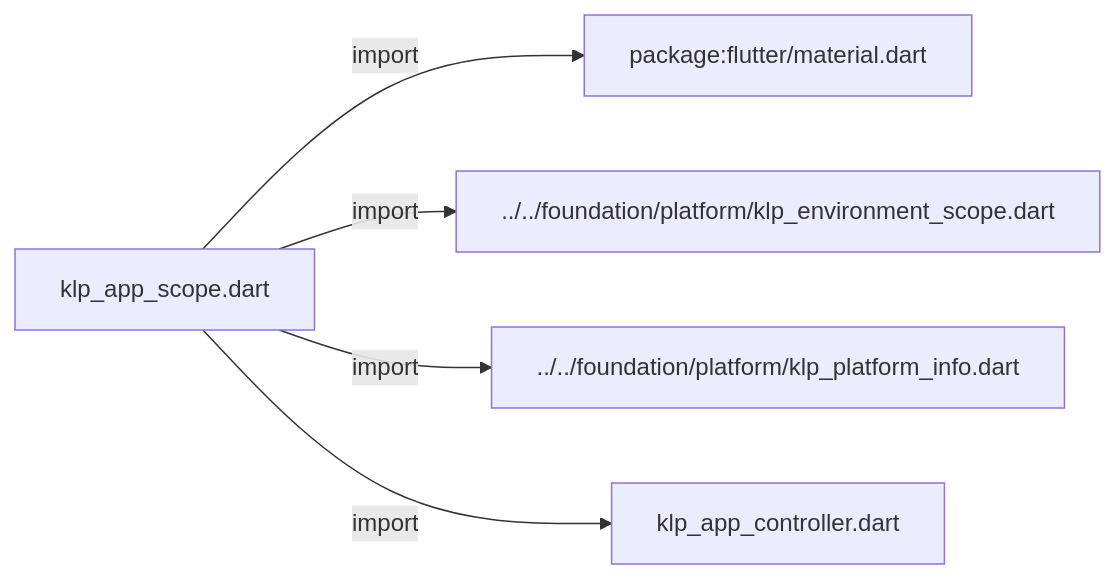
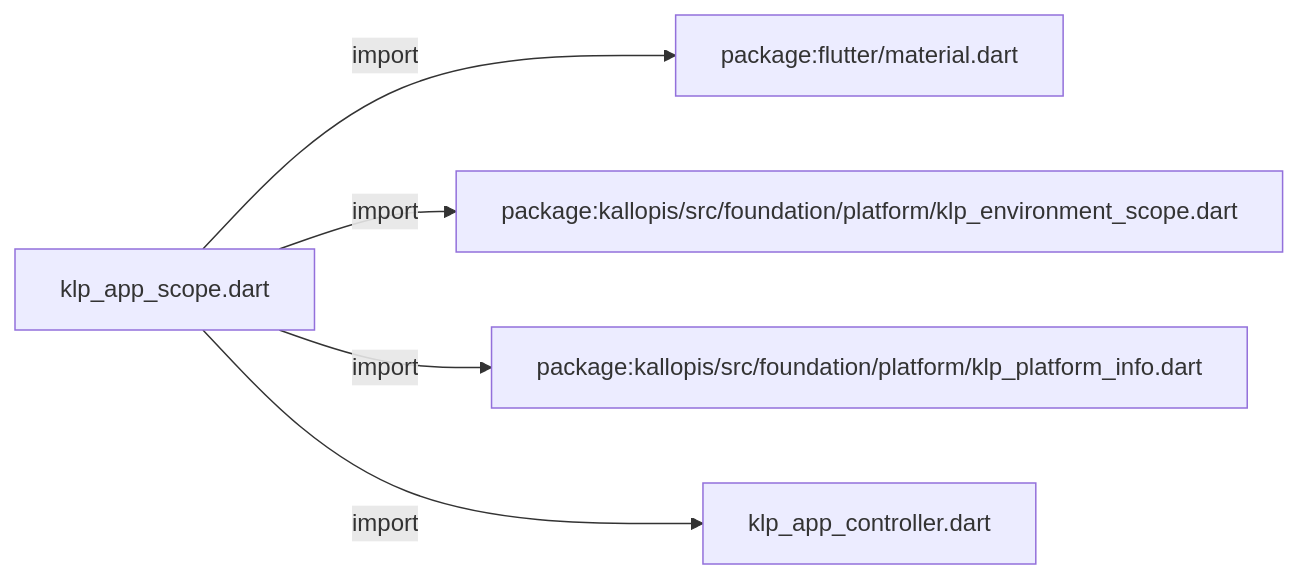
Before and after one commit to MiuDog/Kallopis: the first of 3 diagrams in docs/architecture/src/application/legacy/klp_app_scope.md, drawn with Mermaid. The commit also changed other lines of this file and 9688 other files, not shown here.

Commit message:
Prepare isolated Flow F2 peer baseline

````diff
--- a/docs/architecture/src/application/legacy/klp_app_scope.md
+++ b/docs/architecture/src/application/legacy/klp_app_scope.md
@@ -11,12 +11,12 @@
 ```mermaid
 flowchart LR
 	n0["klp_app_scope.dart"]
 	n1["package:flutter/material.dart"]
-	n2["../../foundation/platform/klp_environment_scope.dart"]
-	n3["../../foundation/platform/klp_platform_info.dart"]
+	n2["package:kallopis/src/foundation/platform/klp_environment_scope.dart"]
+	n3["package:kallopis/src/foundation/platform/klp_platform_info.dart"]
 	n4["klp_app_controller.dart"]
 	n0 -->|"import"| n1
 	n0 -->|"import"| n2
 	n0 -->|"import"| n3
 	n0 -->|"import"| n4
 ```
````
